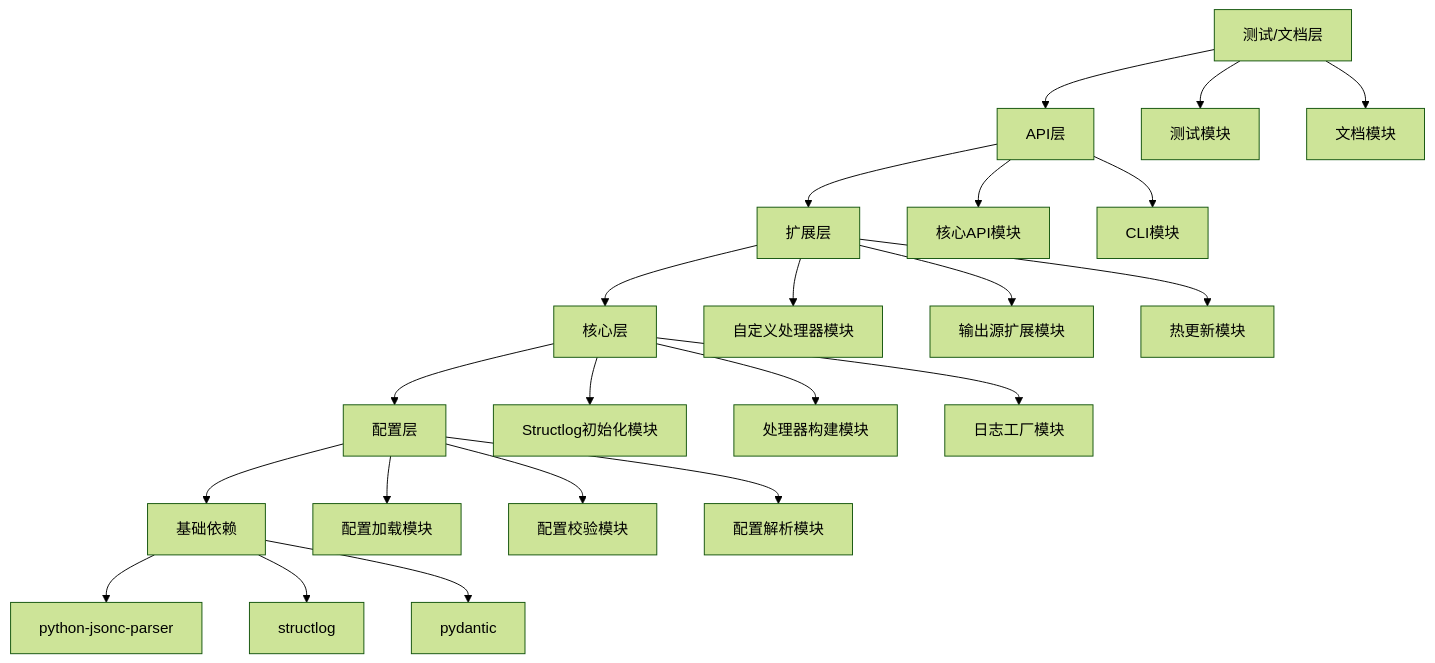
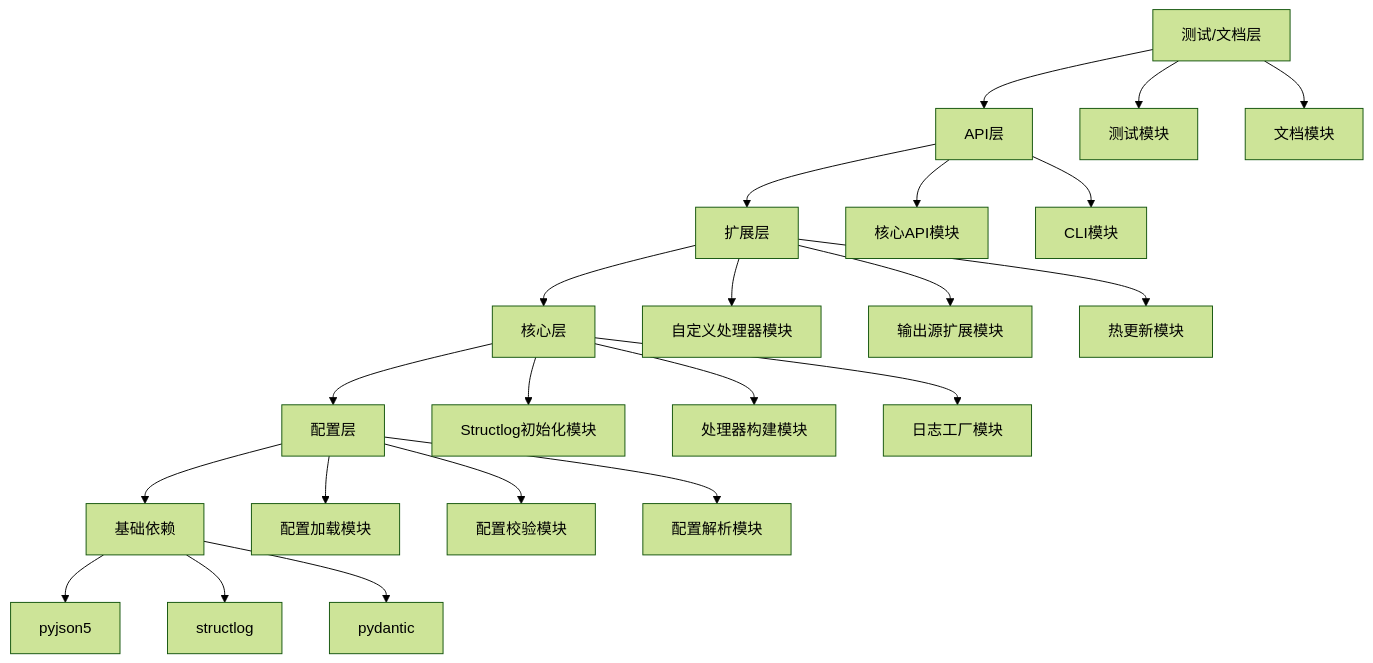
Before and after one commit to tiankongzhise/ai_structlog: the diagram in 开发需求.md, drawn with Mermaid (forest theme). The commit also changed other lines of this file and 5 other files, not shown here.

````diff
--- a/开发需求.md
+++ b/开发需求.md
@@ -30,30 +30,30 @@
 ```mermaid
 graph TD
     A[测试/文档层] --> B[API层]
     B --> C[扩展层]
     C --> D[核心层]
     D --> E[配置层]
     E --> F[基础依赖]
     
-    F[基础依赖] --> F1[python-jsonc-parser]
+    F[基础依赖] --> F1[pyjson5]
     F --> F2[structlog]
     F --> F3[pydantic]
     
     E[配置层] --> E1[配置加载模块]
     E --> E2[配置校验模块]
     E --> E3[配置解析模块]
     
     D[核心层] --> D1[Structlog初始化模块]
     D --> D2[处理器构建模块]
     D --> D3[日志工厂模块]
     
     C[扩展层] --> C1[自定义处理器模块]
     C --> C2[输出源扩展模块]
     C --> C3[热更新模块]
     
     B[API层] --> B1[核心API模块]
     B --> B2[CLI模块]
     
     A[测试/文档层] --> A1[测试模块]
     A --> A2[文档模块]
 ```
````
